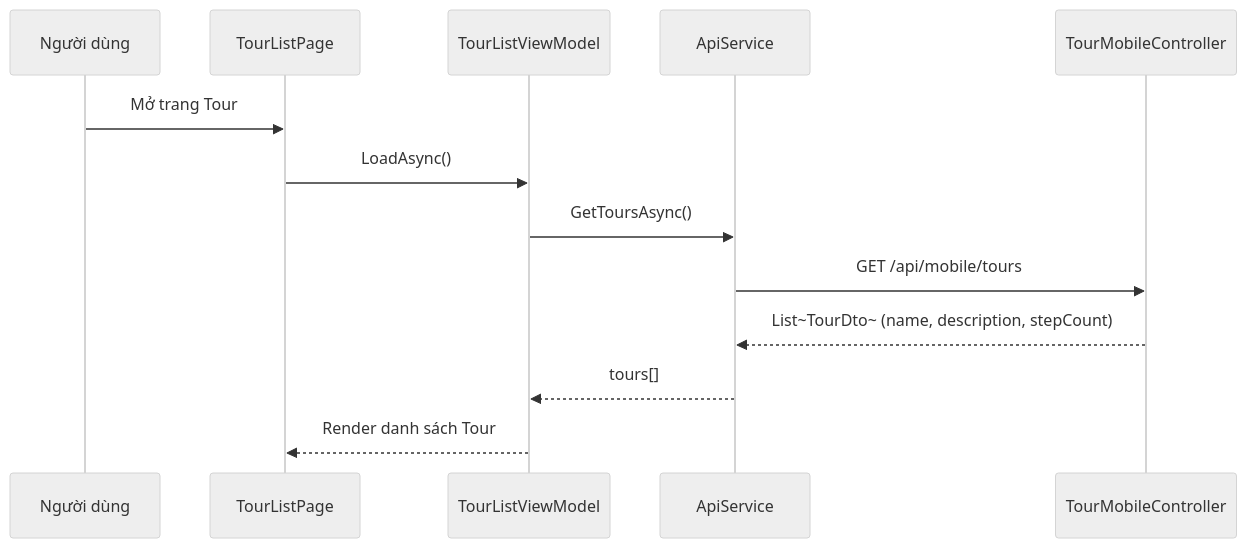
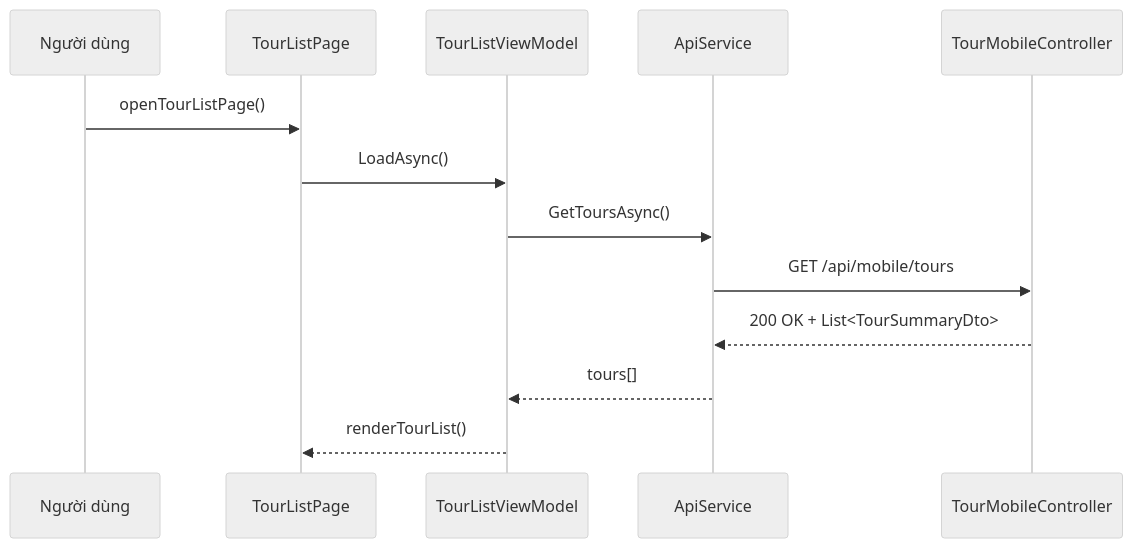
Diagram 16 of 58 in PRD.md (quynhtien1977/AudioGo), drawn with Mermaid (neutral theme) before and after one commit. The commit also changed other lines of this file and 2 other files, not shown here.

````diff
--- a/PRD.md
+++ b/PRD.md
@@ -1090,16 +1124,16 @@
 ```mermaid
 sequenceDiagram
     participant User as Người dùng
     participant TourListPage
     participant TourListVM as TourListViewModel
     participant API as ApiService
     participant Backend as TourMobileController
 
-    User ->> TourListPage: Mở trang Tour
+    User ->> TourListPage: openTourListPage()
     TourListPage ->> TourListVM: LoadAsync()
     TourListVM ->> API: GetToursAsync()
     API ->> Backend: GET /api/mobile/tours
-    Backend -->> API: List~TourDto~ (name, description, stepCount)
+    Backend -->> API: 200 OK + List<TourSummaryDto>
     API -->> TourListVM: tours[]
-    TourListVM -->> TourListPage: Render danh sách Tour
+    TourListVM -->> TourListPage: renderTourList()
 ```
````
